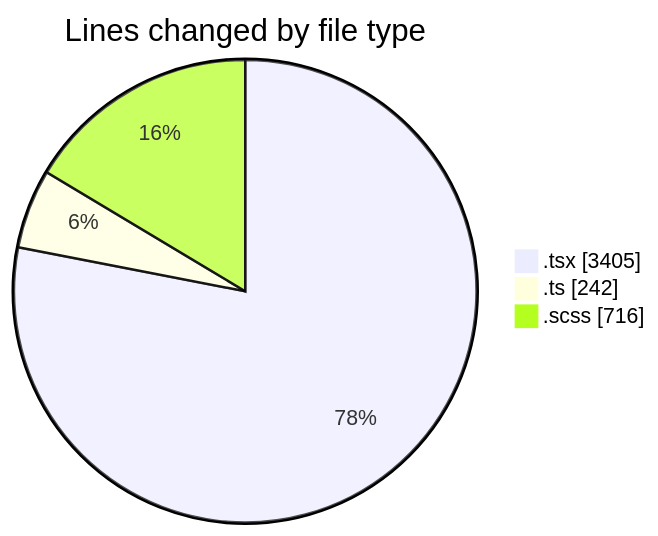
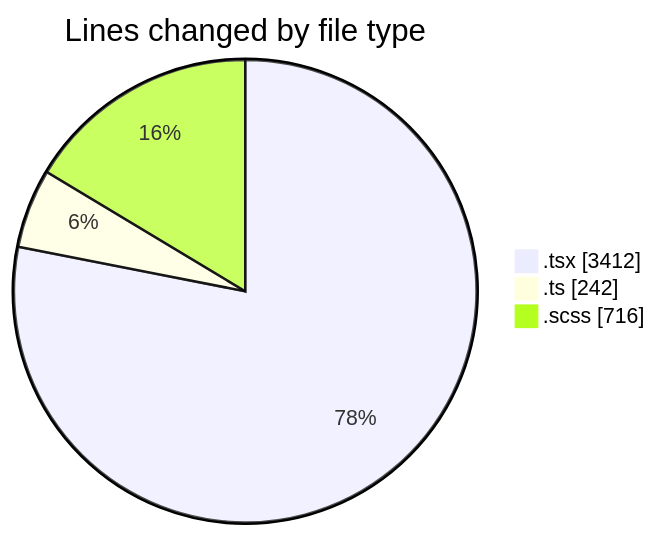
Before and after one commit to momahboobian/code-tracking: the first of 2 diagrams in 2025-09-15/cda/README.md, drawn with Mermaid. The commit also changed other lines of this file and 1 other file, not shown here.

````diff
--- a/2025-09-15/cda/README.md
+++ b/2025-09-15/cda/README.md
@@ -25,7 +25,7 @@
 ```mermaid
 pie showData
 title Lines changed by file type
-".tsx" : 3405
+".tsx" : 3412
 ".ts" : 242
 ".scss" : 716
 ```
````
